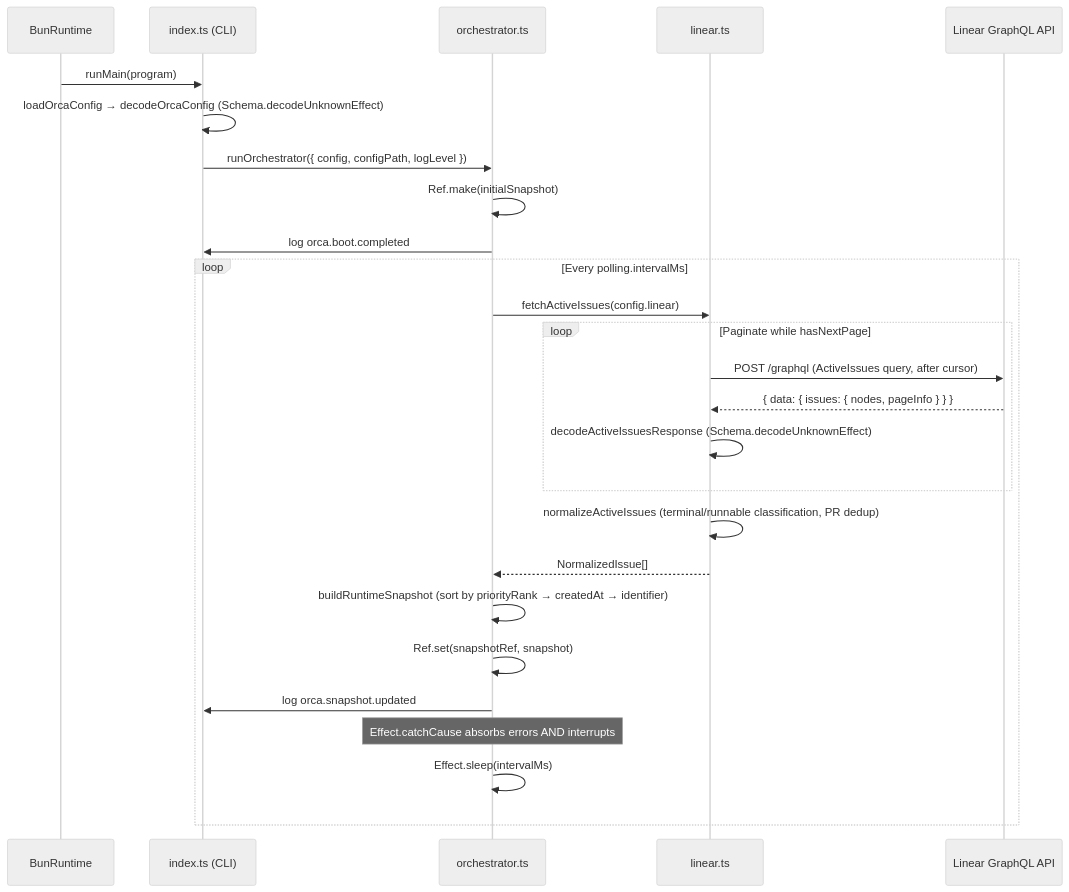
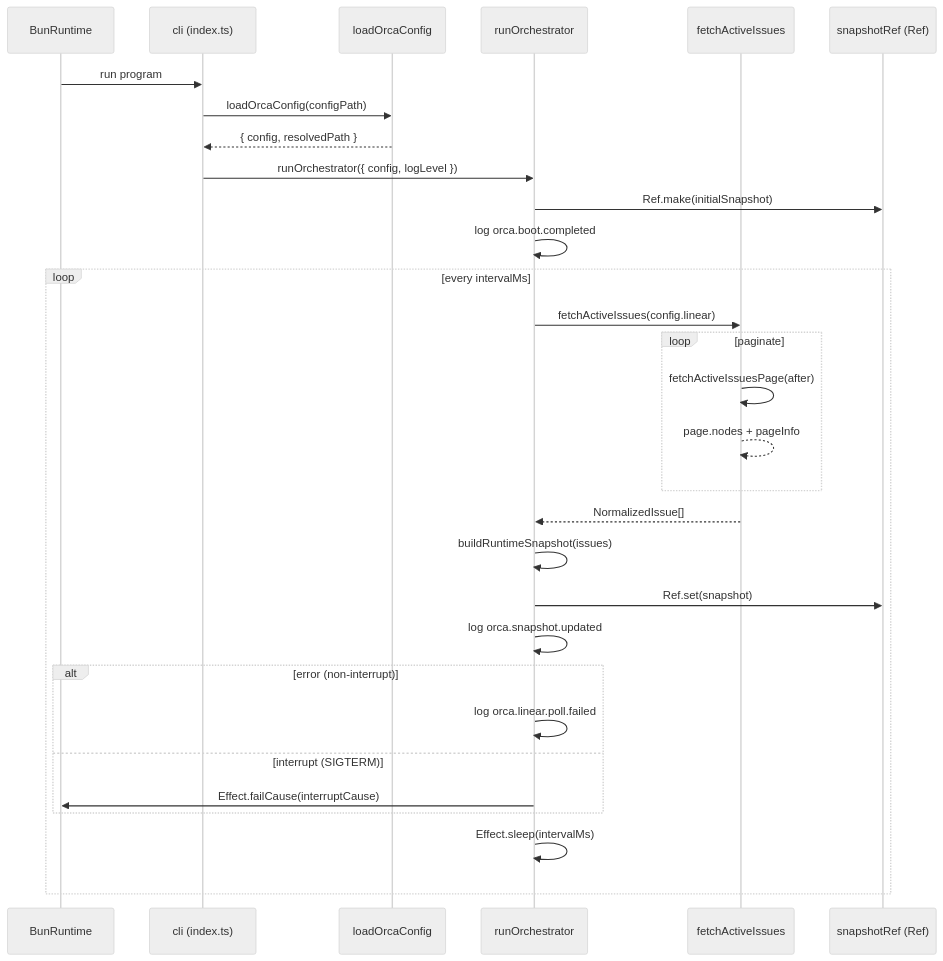
The diagram in .orca/issue.md (peterje/orca2), drawn with Mermaid (neutral theme) before and after one commit. The commit also changed other lines of this file and 7 other files, not shown here.

````diff
--- a/.orca/issue.md
+++ b/.orca/issue.md
@@ -190,30 +290,34 @@
 ```mermaid
 sequenceDiagram
-    participant BunRuntime
-    participant CLI as index.ts (CLI)
-    participant Orchestrator as orchestrator.ts
-    participant Linear as linear.ts
-    participant LinearAPI as Linear GraphQL API
+    participant Main as BunRuntime
+    participant CLI as cli (index.ts)
+    participant Config as loadOrcaConfig
+    participant Orch as runOrchestrator
+    participant Linear as fetchActiveIssues
+    participant Ref as snapshotRef (Ref)
 
-    BunRuntime->>CLI: runMain(program)
-    CLI->>CLI: loadOrcaConfig → decodeOrcaConfig (Schema.decodeUnknownEffect)
-    CLI->>Orchestrator: runOrchestrator({ config, configPath, logLevel })
-    Orchestrator->>Orchestrator: Ref.make(initialSnapshot)
-    Orchestrator->>CLI: log orca.boot.completed
+    Main->>CLI: run program
+    CLI->>Config: loadOrcaConfig(configPath)
+    Config-->>CLI: { config, resolvedPath }
+    CLI->>Orch: runOrchestrator({ config, logLevel })
+    Orch->>Ref: Ref.make(initialSnapshot)
+    Orch->>Orch: log orca.boot.completed
 
-    loop Every polling.intervalMs
-        Orchestrator->>Linear: fetchActiveIssues(config.linear)
-        loop Paginate while hasNextPage
-            Linear->>LinearAPI: POST /graphql (ActiveIssues query, after cursor)
-            LinearAPI-->>Linear: { data: { issues: { nodes, pageInfo } } }
-            Linear->>Linear: decodeActiveIssuesResponse (Schema.decodeUnknownEffect)
+    loop every intervalMs
+        Orch->>Linear: fetchActiveIssues(config.linear)
+        loop paginate
+            Linear->>Linear: fetchActiveIssuesPage(after)
+            Linear-->>Linear: page.nodes + pageInfo
         end
-        Linear->>Linear: normalizeActiveIssues (terminal/runnable classification, PR dedup)
-        Linear-->>Orchestrator: NormalizedIssue[]
-        Orchestrator->>Orchestrator: buildRuntimeSnapshot (sort by priorityRank → createdAt → identifier)
-        Orchestrator->>Orchestrator: Ref.set(snapshotRef, snapshot)
-        Orchestrator->>CLI: log orca.snapshot.updated
-        Note over Orchestrator: Effect.catchCause absorbs errors AND interrupts
-        Orchestrator->>Orchestrator: Effect.sleep(intervalMs)
+        Linear-->>Orch: NormalizedIssue[]
+        Orch->>Orch: buildRuntimeSnapshot(issues)
+        Orch->>Ref: Ref.set(snapshot)
+        Orch->>Orch: log orca.snapshot.updated
+        alt error (non-interrupt)
+            Orch->>Orch: log orca.linear.poll.failed
+        else interrupt (SIGTERM)
+            Orch->>Main: Effect.failCause(interruptCause)
+        end
+        Orch->>Orch: Effect.sleep(intervalMs)
     end
 ```
````
